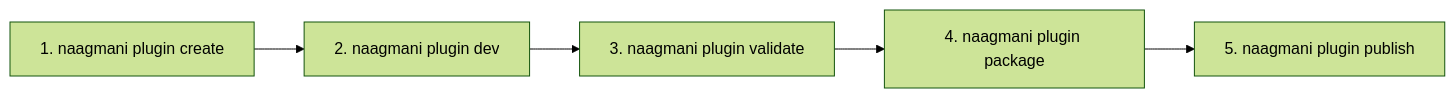
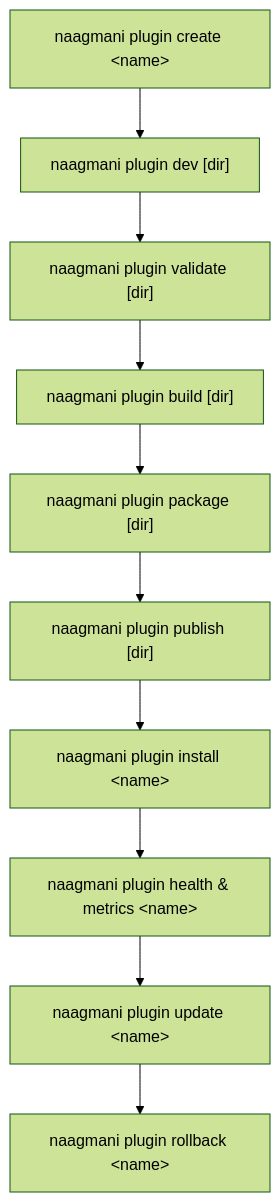
The diagram in docs/build/cli/plugins.md (bhakha-services/naagmani-docs), drawn with Mermaid (forest theme) before and after one commit. The commit also changed other lines of this file and 38 other files, not shown here.

````diff
--- a/docs/build/cli/plugins.md
+++ b/docs/build/cli/plugins.md
@@ -9,7 +9,12 @@
 ```mermaid
-flowchart LR
-    Create["1. naagmani plugin create"] --> Dev["2. naagmani plugin dev"]
-    Dev --> Validate["3. naagmani plugin validate"]
-    Validate --> Package["4. naagmani plugin package"]
-    Package --> Publish["5. naagmani plugin publish"]
+flowchart TD
+    Create["naagmani plugin create &lt;name&gt;"] --> Dev["naagmani plugin dev [dir]"]
+    Dev --> Validate["naagmani plugin validate [dir]"]
+    Validate --> Build["naagmani plugin build [dir]"]
+    Build --> Package["naagmani plugin package [dir]"]
+    Package --> Publish["naagmani plugin publish [dir]"]
+    Publish --> Install["naagmani plugin install &lt;name&gt;"]
+    Install --> Monitor["naagmani plugin health & metrics &lt;name&gt;"]
+    Monitor --> Update["naagmani plugin update &lt;name&gt;"]
+    Update --> Rollback["naagmani plugin rollback &lt;name&gt;"]
 ```
````
